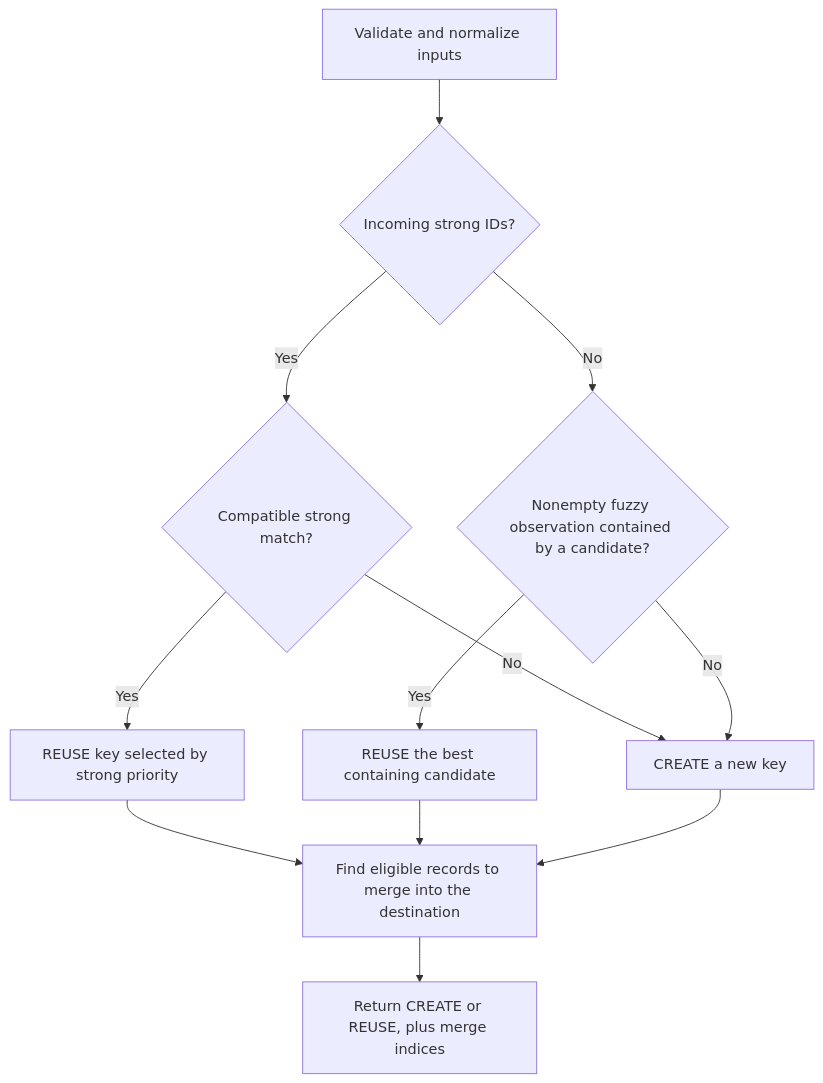
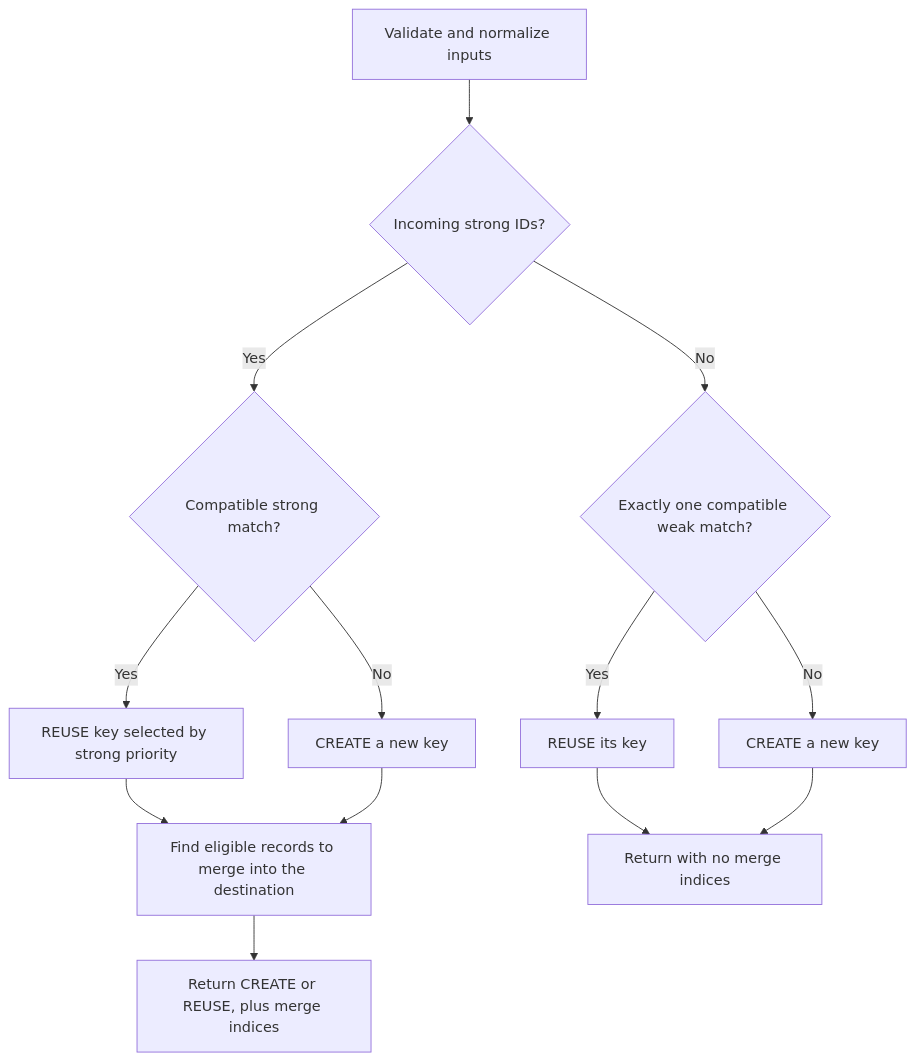
One commit to greenbone/asset-identity changed the diagram in docs/how-asset-identity-works.md. Above: the diagram before and after it, drawn with Mermaid. The commit also changed other lines of this file and 3 other files, not shown here.

````diff
--- a/docs/how-asset-identity-works.md
+++ b/docs/how-asset-identity-works.md
@@ -142,14 +141,15 @@
 ```mermaid
 flowchart TD
     A[Validate and normalize inputs] --> B{Incoming strong IDs?}
     B -- Yes --> C{Compatible strong match?}
     C -- Yes --> D[REUSE key selected by strong priority]
     C -- No --> E[CREATE a new key]
-    B -- No --> F{Nonempty fuzzy observation contained by a candidate?}
-    F -- Yes --> G[REUSE the best containing candidate]
-    F -- No --> E
+    B -- No --> F{Exactly one compatible weak match?}
+    F -- Yes --> G[REUSE its key]
+    F -- No --> J[CREATE a new key]
     D --> H[Find eligible records to merge into the destination]
-    G --> H
     E --> H
     H --> I[Return CREATE or REUSE, plus merge indices]
+    G --> K[Return with no merge indices]
+    J --> K
 ```
````
